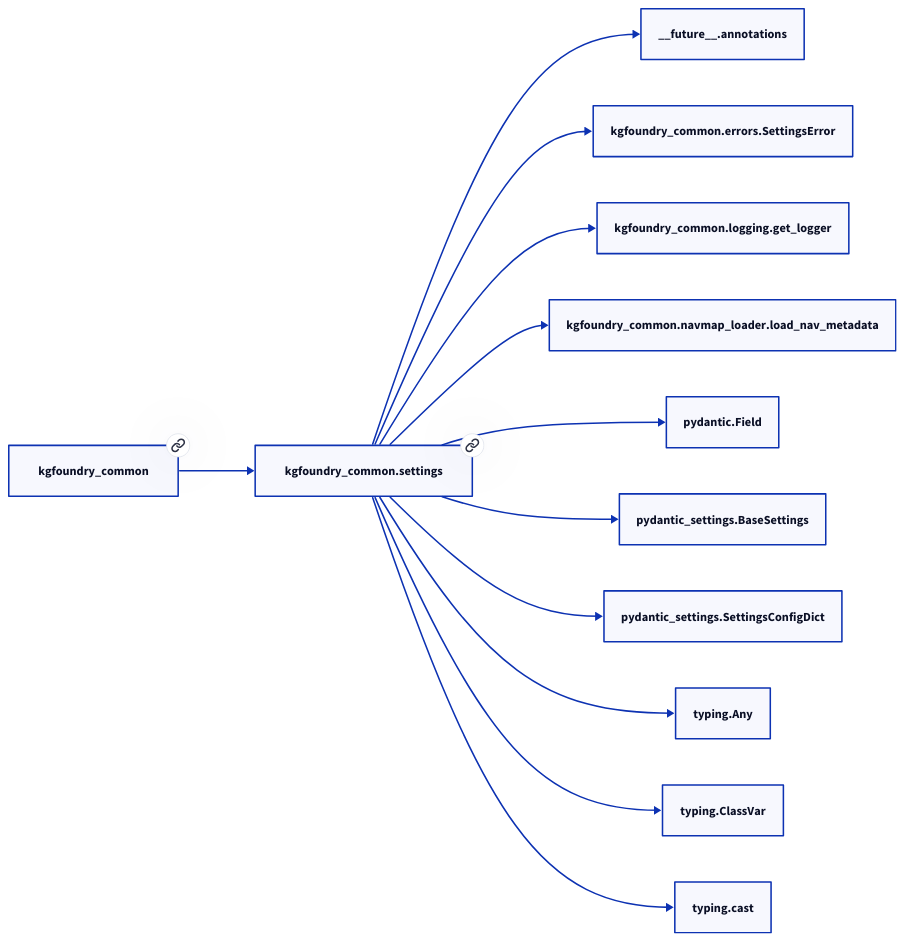
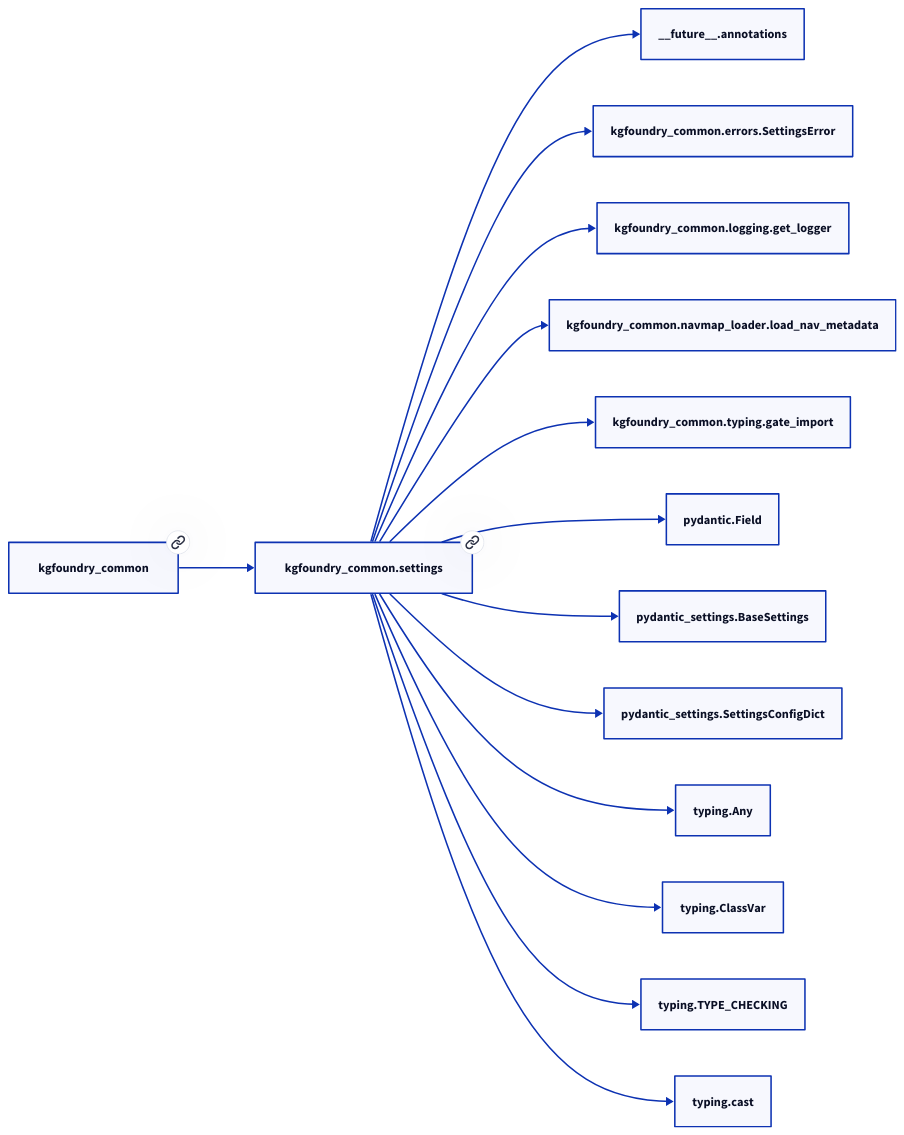
One commit to paul-heyse/kgforge changed the second of 2 diagrams in docs/modules/kgfoundry_common/settings.md. Above: the diagram before and after it, drawn with D2. The commit also changed other lines of this file and 107 other files, not shown here.

````diff
--- a/docs/modules/kgfoundry_common/settings.md
+++ b/docs/modules/kgfoundry_common/settings.md
@@ -81,26 +81,30 @@
 ```d2
 direction: right
 "kgfoundry_common.settings": "kgfoundry_common.settings" { link: "https://github.com/paul-heyse/kgfoundry/blob/main/src/kgfoundry_common/settings.py" }
 "__future__.annotations": "__future__.annotations"
 "kgfoundry_common.settings" -> "__future__.annotations"
 "kgfoundry_common.errors.SettingsError": "kgfoundry_common.errors.SettingsError"
 "kgfoundry_common.settings" -> "kgfoundry_common.errors.SettingsError"
 "kgfoundry_common.logging.get_logger": "kgfoundry_common.logging.get_logger"
 "kgfoundry_common.settings" -> "kgfoundry_common.logging.get_logger"
 "kgfoundry_common.navmap_loader.load_nav_metadata": "kgfoundry_common.navmap_loader.load_nav_metadata"
 "kgfoundry_common.settings" -> "kgfoundry_common.navmap_loader.load_nav_metadata"
+"kgfoundry_common.typing.gate_import": "kgfoundry_common.typing.gate_import"
+"kgfoundry_common.settings" -> "kgfoundry_common.typing.gate_import"
 "pydantic.Field": "pydantic.Field"
 "kgfoundry_common.settings" -> "pydantic.Field"
 "pydantic_settings.BaseSettings": "pydantic_settings.BaseSettings"
 "kgfoundry_common.settings" -> "pydantic_settings.BaseSettings"
 "pydantic_settings.SettingsConfigDict": "pydantic_settings.SettingsConfigDict"
 "kgfoundry_common.settings" -> "pydantic_settings.SettingsConfigDict"
 "typing.Any": "typing.Any"
 "kgfoundry_common.settings" -> "typing.Any"
 "typing.ClassVar": "typing.ClassVar"
 "kgfoundry_common.settings" -> "typing.ClassVar"
+"typing.TYPE_CHECKING": "typing.TYPE_CHECKING"
+"kgfoundry_common.settings" -> "typing.TYPE_CHECKING"
 "typing.cast": "typing.cast"
 "kgfoundry_common.settings" -> "typing.cast"
 "kgfoundry_common": "kgfoundry_common" { link: "https://github.com/paul-heyse/kgfoundry/blob/main/src/kgfoundry_common/__init__.py" }
 "kgfoundry_common" -> "kgfoundry_common.settings" { style: dashed }
 ```
````
